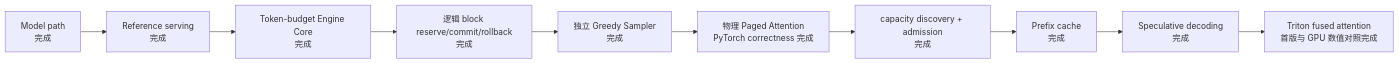
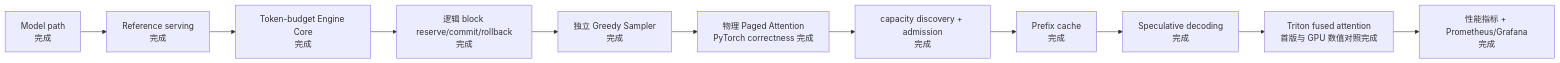
The third of 3 diagrams in docs/design.md (poorpaper/light-vllm), drawn with Mermaid before and after one commit. The commit also changed other lines of this file and 26 other files, not shown here.

````diff
--- a/docs/design.md
+++ b/docs/design.md
@@ -285,12 +310,13 @@
 ```mermaid
 flowchart LR
     Model["Model path<br/>完成"] --> Serving["Reference serving<br/>完成"]
     Serving --> Core["Token-budget Engine Core<br/>完成"]
     Core --> Logical["逻辑 block reserve/commit/rollback<br/>完成"]
     Logical --> Sampling["独立 Greedy Sampler<br/>完成"]
     Sampling --> Paged["物理 Paged Attention<br/>PyTorch correctness 完成"]
     Paged --> Capacity["capacity discovery + admission<br/>完成"]
     Capacity --> Prefix["Prefix cache<br/>完成"]
     Prefix --> Spec["Speculative decoding<br/>完成"]
     Spec --> Kernel["Triton fused attention<br/>首版与 GPU 数值对照完成"]
+    Kernel --> Metrics["性能指标 + Prometheus/Grafana<br/>完成"]
 ```
````
